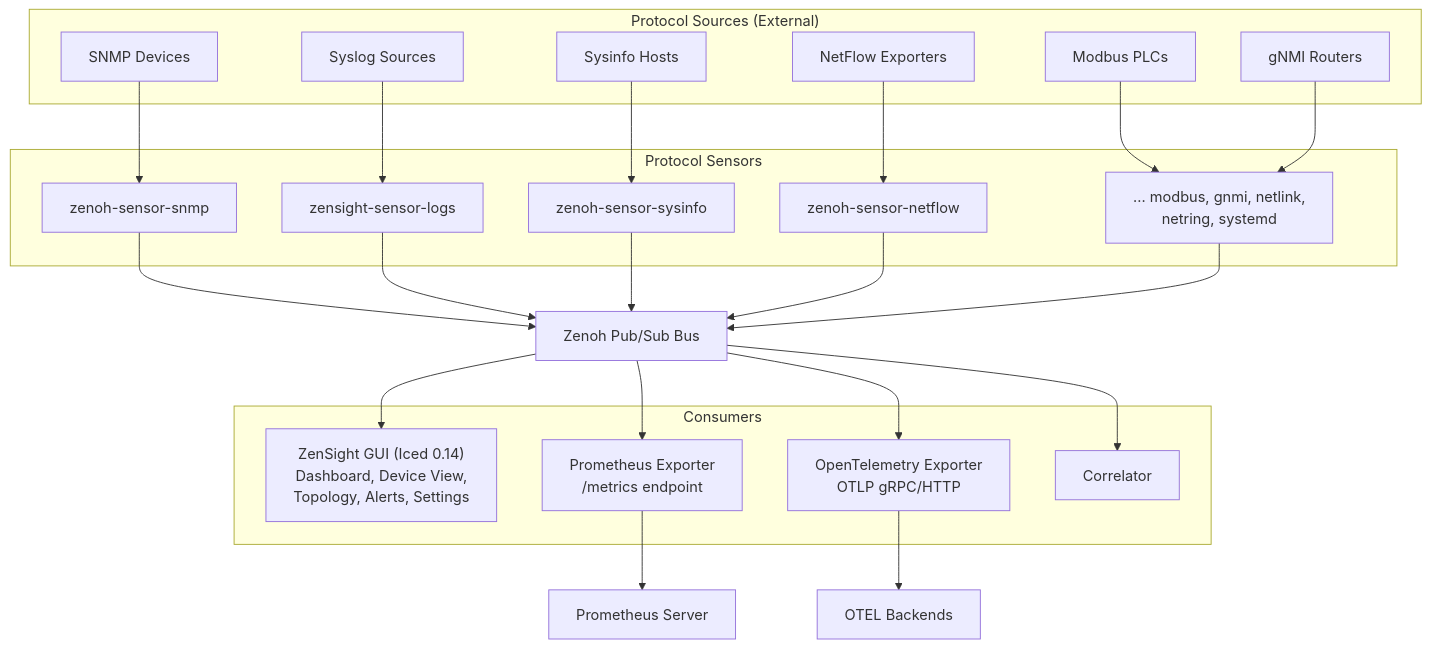
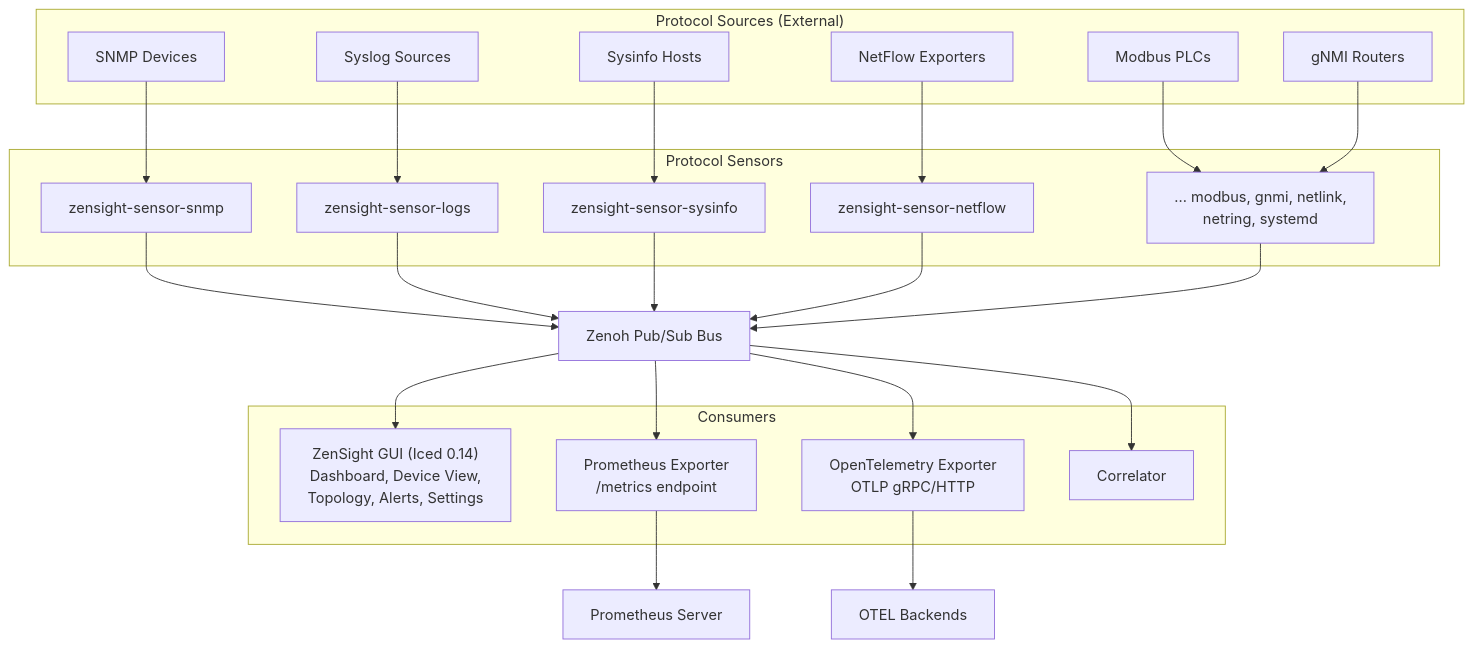
One commit to p13marc/zensight changed the first of 8 diagrams in docs/ARCHITECTURE.md. Above: the diagram before and after it, drawn with Mermaid. The commit also changed other lines of this file and 3 other files, not shown here.

First line of the commit message:
docs: fix stale crate names + escape angle brackets in Mermaid labels

````diff
--- a/docs/ARCHITECTURE.md
+++ b/docs/ARCHITECTURE.md
@@ -7,49 +7,49 @@
 ```mermaid
 flowchart TD
     subgraph Sources["Protocol Sources (External)"]
         SNMPDev["SNMP Devices"]
         SyslogSrc["Syslog Sources"]
         SysinfoHosts["Sysinfo Hosts"]
         NetFlowExp["NetFlow Exporters"]
         ModbusPLC["Modbus PLCs"]
         GnmiRouters["gNMI Routers"]
     end
 
     subgraph Sensors["Protocol Sensors"]
-        SnmpSensor["zenoh-sensor-snmp"]
+        SnmpSensor["zensight-sensor-snmp"]
         LogsSensor["zensight-sensor-logs"]
-        SysinfoSensor["zenoh-sensor-sysinfo"]
-        NetflowSensor["zenoh-sensor-netflow"]
+        SysinfoSensor["zensight-sensor-sysinfo"]
+        NetflowSensor["zensight-sensor-netflow"]
         OtherSensors["... modbus, gnmi, netlink,<br/>netring, systemd"]
     end
 
     SNMPDev --> SnmpSensor
     SyslogSrc --> LogsSensor
     SysinfoHosts --> SysinfoSensor
     NetFlowExp --> NetflowSensor
     ModbusPLC --> OtherSensors
     GnmiRouters --> OtherSensors
 
     Bus["Zenoh Pub/Sub Bus"]
 
     SnmpSensor --> Bus
     LogsSensor --> Bus
     SysinfoSensor --> Bus
     NetflowSensor --> Bus
     OtherSensors --> Bus
 
     subgraph Consumers["Consumers"]
         GUI["ZenSight GUI (Iced 0.14)<br/>Dashboard, Device View,<br/>Topology, Alerts, Settings"]
         Prom["Prometheus Exporter<br/>/metrics endpoint"]
         OTel["OpenTelemetry Exporter<br/>OTLP gRPC/HTTP"]
         Correlator["Correlator"]
     end
 
     Bus --> GUI
     Bus --> Prom
     Bus --> OTel
     Bus --> Correlator
 
     Prom --> PromServer["Prometheus Server"]
     OTel --> OTelBackend["OTEL Backends"]
 ```
````
